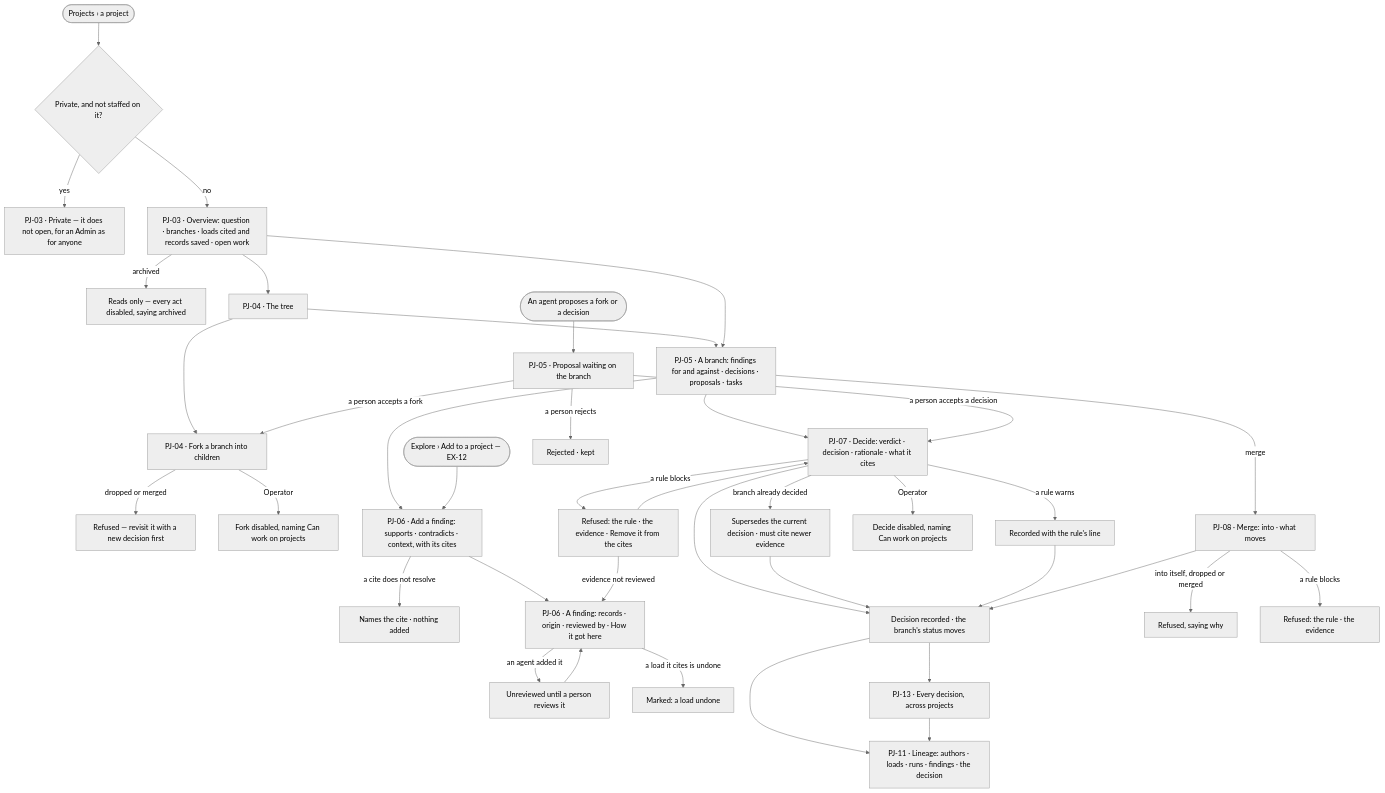
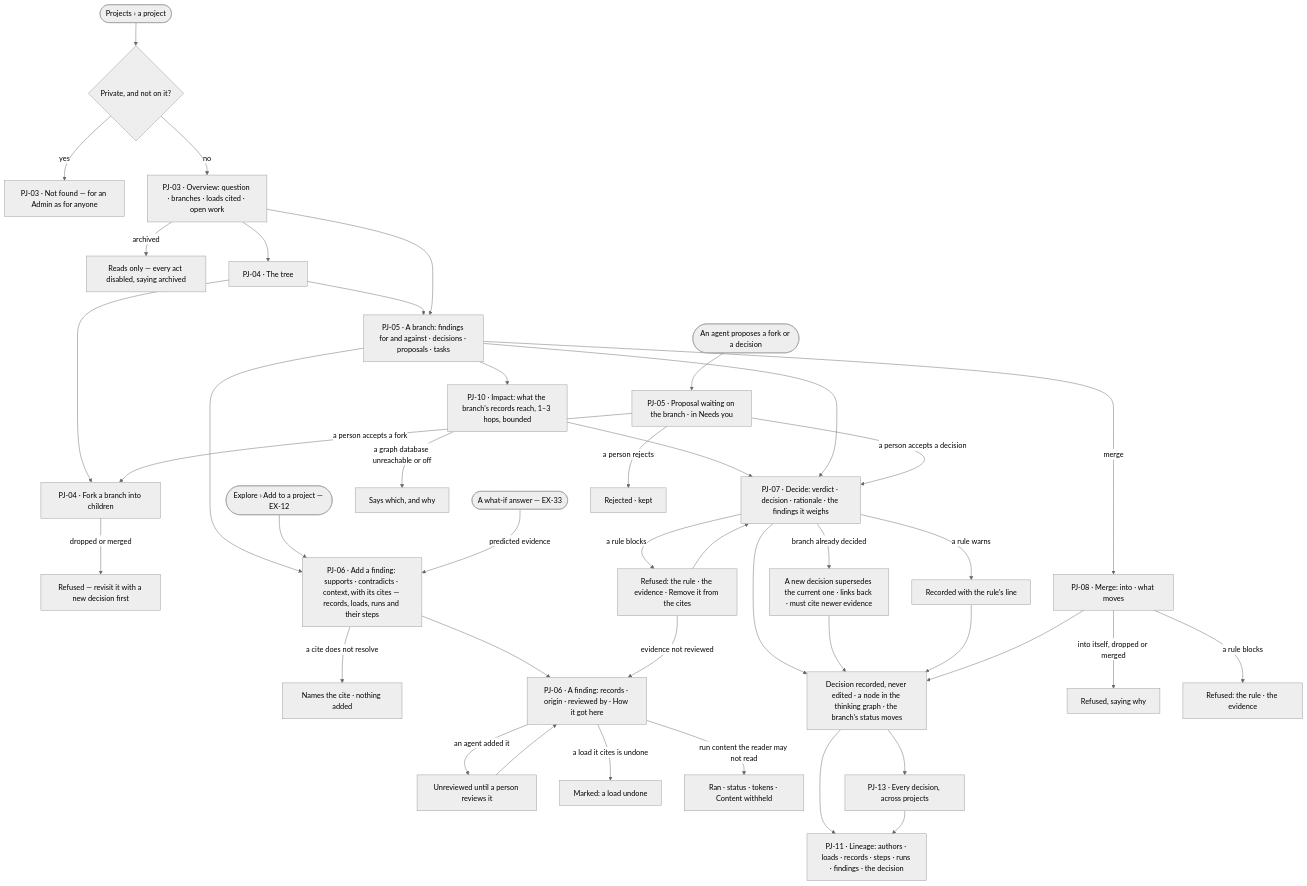
One commit to invana/invana changed the first of 2 diagrams in specs/capabilities/projects/features/PJ-F03-branches-findings-and-decisions/feature.md. Above: the diagram before and after it, drawn with Mermaid (neutral theme). The commit also changed other lines of this file and 522 other files, not shown here.

````diff
--- a/specs/capabilities/projects/features/PJ-F03-branches-findings-and-decisions/feature.md
+++ b/specs/capabilities/projects/features/PJ-F03-branches-findings-and-decisions/feature.md
@@ -24,40 +26,43 @@
 ```mermaid
 flowchart TD
-  start([Projects › a project]) --> vis{"Private, and not staffed on it?"}
-  vis -->|yes| priv["PJ-03 · Private — it does not open, for an Admin as for anyone"]
-  vis -->|no| ov["PJ-03 · Overview: question · branches · loads cited and records saved · open work"]
+  start([Projects › a project]) --> vis{"Private, and not on it?"}
+  vis -->|yes| priv["PJ-03 · Not found — for an Admin as for anyone"]
+  vis -->|no| ov["PJ-03 · Overview: question · branches · loads cited · open work"]
   ov -->|archived| arch["Reads only — every act disabled, saying archived"]
   ov --> tree["PJ-04 · The tree"]
   tree --> fork["PJ-04 · Fork a branch into children"]
   fork -->|dropped or merged| rf["Refused — revisit it with a new decision first"]
-  fork -->|Operator| fo["Fork disabled, naming Can work on projects"]
   tree --> br["PJ-05 · A branch: findings for and against · decisions · proposals · tasks"]
   ov --> br
-  br --> add["PJ-06 · Add a finding: supports · contradicts · context, with its cites"]
+  br --> add["PJ-06 · Add a finding: supports · contradicts · context, with its cites — records, loads, runs and their steps"]
   add -->|a cite does not resolve| rc["Names the cite · nothing added"]
   explore([Explore › Add to a project — EX-12]) --> add
+  whatif([A what-if answer — EX-33]) -->|predicted evidence| add
   add --> fd["PJ-06 · A finding: records · origin · reviewed by · How it got here"]
   fd -->|an agent added it| rev["Unreviewed until a person reviews it"] --> fd
   fd -->|a load it cites is undone| rt["Marked: a load undone"]
-  br --> dec["PJ-07 · Decide: verdict · decision · rationale · what it cites"]
+  fd -->|run content the reader may not read| wh["Ran · status · tokens · Content withheld"]
+  br --> imp["PJ-10 · Impact: what the branch's records reach, 1–3 hops, bounded"]
+  imp -->|a graph database unreachable or off| ie["Says which, and why"]
+  imp --> dec
+  br --> dec["PJ-07 · Decide: verdict · decision · rationale · the findings it weighs"]
   dec -->|a rule blocks| rr["Refused: the rule · the evidence · Remove it from the cites"]
   rr -->|evidence not reviewed| fd
   rr --> dec
   dec -->|a rule warns| dw["Recorded with the rule's line"]
-  dec -->|branch already decided| sup["Supersedes the current decision · must cite newer evidence"]
-  dec -->|Operator| dn["Decide disabled, naming Can work on projects"]
-  dec --> rec["Decision recorded · the branch's status moves"]
+  dec -->|branch already decided| sup["A new decision supersedes the current one · links back · must cite newer evidence"]
+  dec --> rec["Decision recorded, never edited · a node in the thinking graph · the branch's status moves"]
   sup --> rec
   dw --> rec
   br -->|merge| mg["PJ-08 · Merge: into · what moves"]
   mg -->|into itself, dropped or merged| mr["Refused, saying why"]
   mg -->|a rule blocks| mrr["Refused: the rule · the evidence"]
   mg --> rec
-  agent([An agent proposes a fork or a decision]) --> prop["PJ-05 · Proposal waiting on the branch"]
+  agent([An agent proposes a fork or a decision]) --> prop["PJ-05 · Proposal waiting on the branch · in Needs you"]
   prop -->|a person accepts a fork| fork
   prop -->|a person accepts a decision| dec
   prop -->|a person rejects| pr["Rejected · kept"]
-  rec --> lin["PJ-11 · Lineage: authors · loads · runs · findings · the decision"]
+  rec --> lin["PJ-11 · Lineage: authors · loads · records · steps · runs · findings · the decision"]
   rec --> all["PJ-13 · Every decision, across projects"]
   all --> lin
 ```
````
